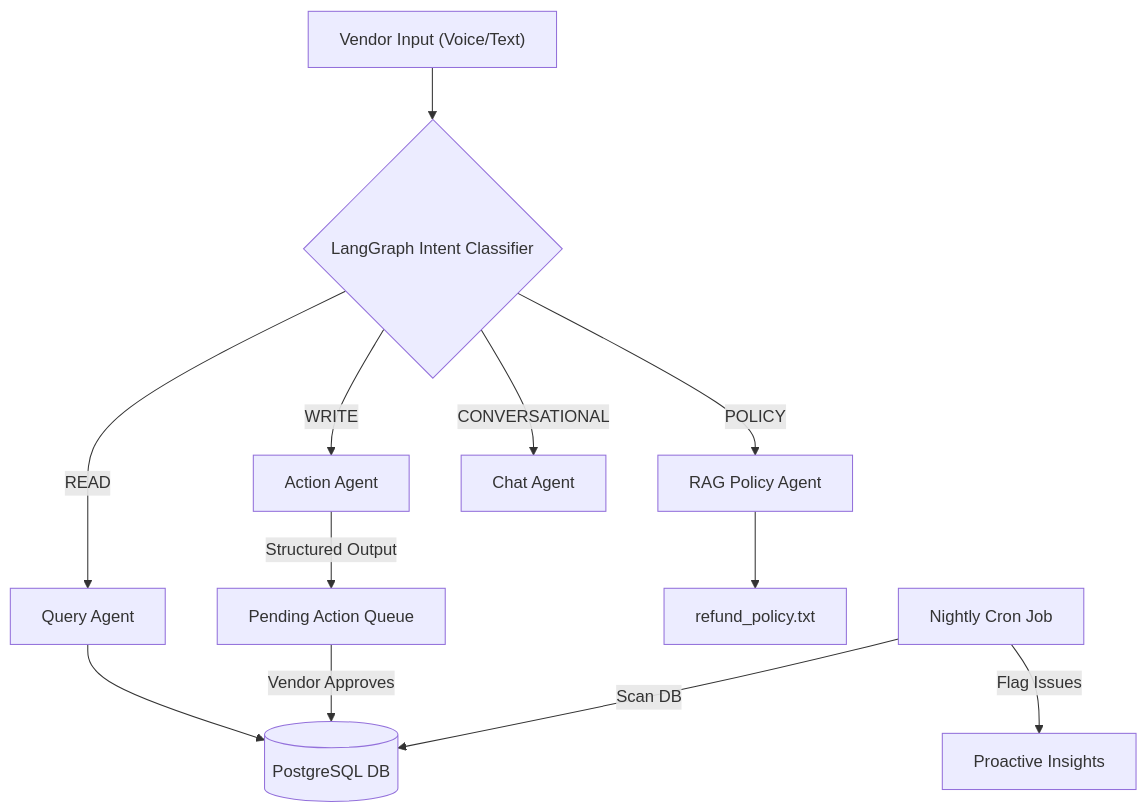
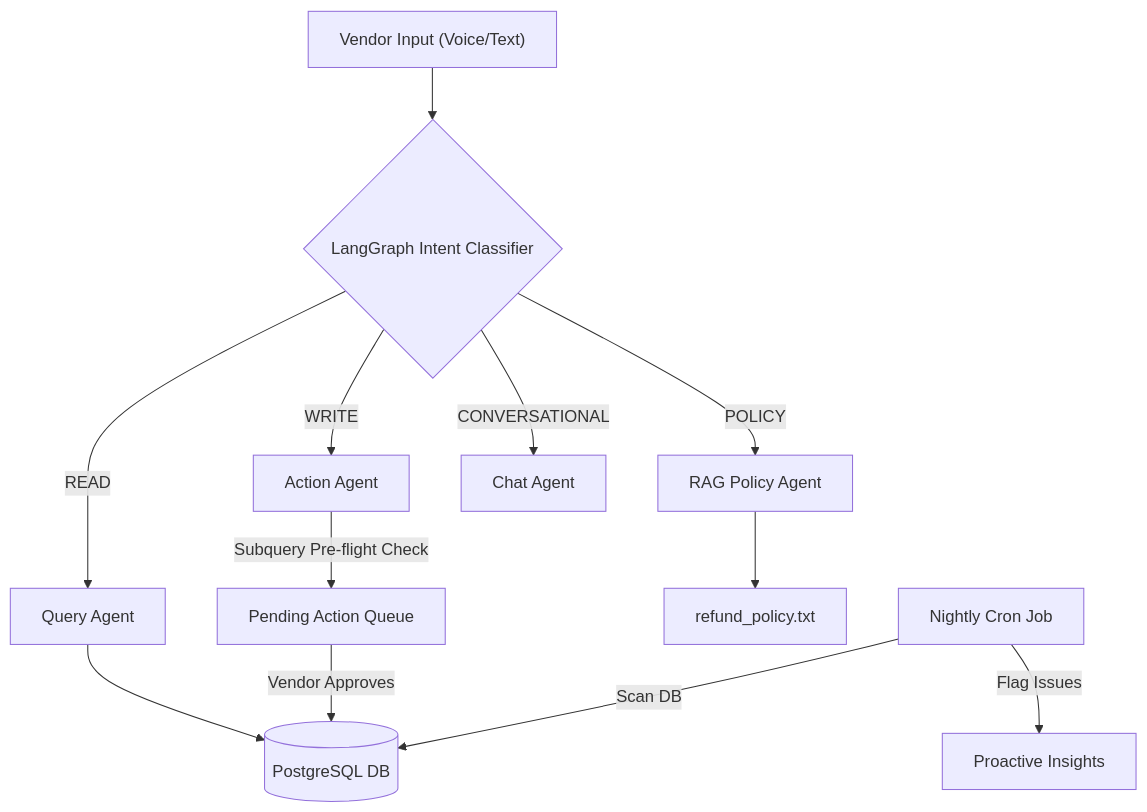
Before and after one commit to SohamManik/sports-facility-ai-copilot: the diagram in README.md, drawn with Mermaid. The commit also changed other lines of this file and 1 other file, not shown here.

````diff
--- a/README.md
+++ b/README.md
@@ -23,18 +31,18 @@
 ```mermaid
 graph TD
     A["Vendor Input (Voice/Text)"] --> B{"LangGraph Intent Classifier"}
     
     B -->|READ| C["Query Agent"]
     B -->|WRITE| D["Action Agent"]
     B -->|POLICY| E["RAG Policy Agent"]
     B -->|CONVERSATIONAL| F["Chat Agent"]
     
     C --> G[("PostgreSQL DB")]
-    D --> |Structured Output| H["Pending Action Queue"]
+    D --> |Subquery Pre-flight Check| H["Pending Action Queue"]
     H --> |Vendor Approves| G
     
     E --> I["refund_policy.txt"]
     
     J["Nightly Cron Job"] --> |Scan DB| G
     J --> |Flag Issues| K["Proactive Insights"]
 ```
````
